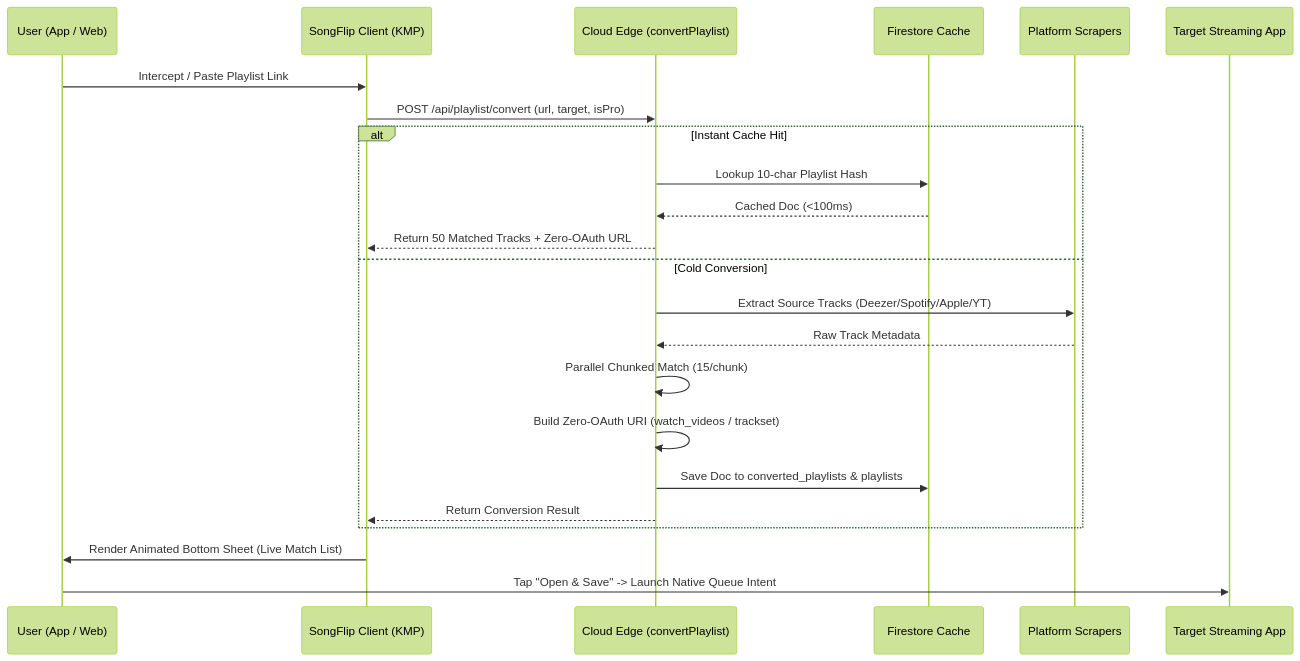
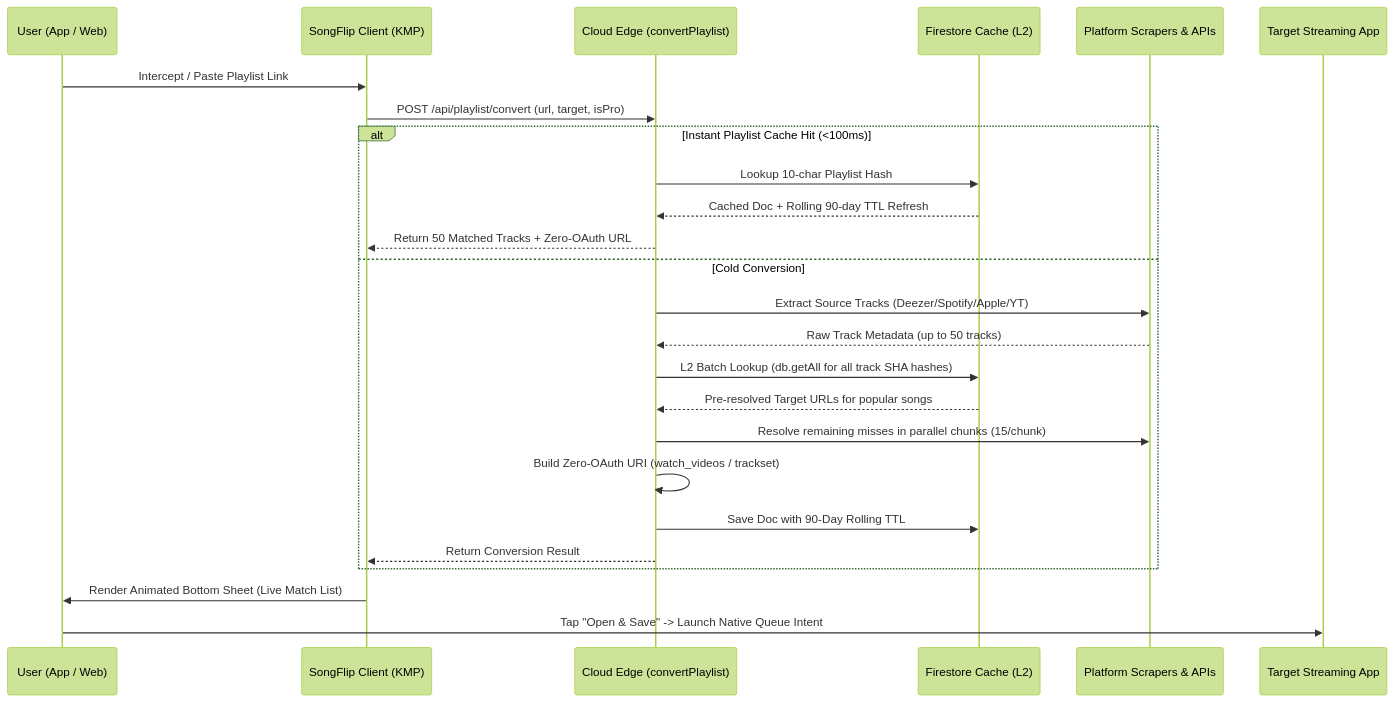
One commit to thefraggle/songflip changed the second of 2 diagrams in ARCHITECTURE.md. Above: the diagram before and after it, drawn with Mermaid (forest theme). The commit also changed other lines of this file, not shown here.

Commit message:
docs: update ARCHITECTURE.md with L2 batch track cache and 90-day rolling TTL

````diff
--- a/ARCHITECTURE.md
+++ b/ARCHITECTURE.md
@@ -94,28 +94,30 @@
 ```mermaid
 sequenceDiagram
     participant User as User (App / Web)
     participant Client as SongFlip Client (KMP)
     participant Edge as Cloud Edge (convertPlaylist)
-    participant Cache as Firestore Cache
-    participant Scraper as Platform Scrapers
+    participant Cache as Firestore Cache (L2)
+    participant Scraper as Platform Scrapers & APIs
     participant Target as Target Streaming App
 
     User->>Client: Intercept / Paste Playlist Link
     Client->>Edge: POST /api/playlist/convert (url, target, isPro)
     
-    alt Instant Cache Hit
+    alt Instant Playlist Cache Hit (<100ms)
         Edge->>Cache: Lookup 10-char Playlist Hash
-        Cache-->>Edge: Cached Doc (<100ms)
+        Cache-->>Edge: Cached Doc + Rolling 90-day TTL Refresh
         Edge-->>Client: Return 50 Matched Tracks + Zero-OAuth URL
     else Cold Conversion
         Edge->>Scraper: Extract Source Tracks (Deezer/Spotify/Apple/YT)
-        Scraper-->>Edge: Raw Track Metadata
-        Edge->>Edge: Parallel Chunked Match (15/chunk)
+        Scraper-->>Edge: Raw Track Metadata (up to 50 tracks)
+        Edge->>Cache: L2 Batch Lookup (db.getAll for all track SHA hashes)
+        Cache-->>Edge: Pre-resolved Target URLs for popular songs
+        Edge->>Scraper: Resolve remaining misses in parallel chunks (15/chunk)
         Edge->>Edge: Build Zero-OAuth URI (watch_videos / trackset)
-        Edge->>Cache: Save Doc to converted_playlists & playlists
+        Edge->>Cache: Save Doc with 90-Day Rolling TTL
         Edge-->>Client: Return Conversion Result
     end
 
     Client->>User: Render Animated Bottom Sheet (Live Match List)
     User->>Target: Tap "Open & Save" -> Launch Native Queue Intent
 ```
````
